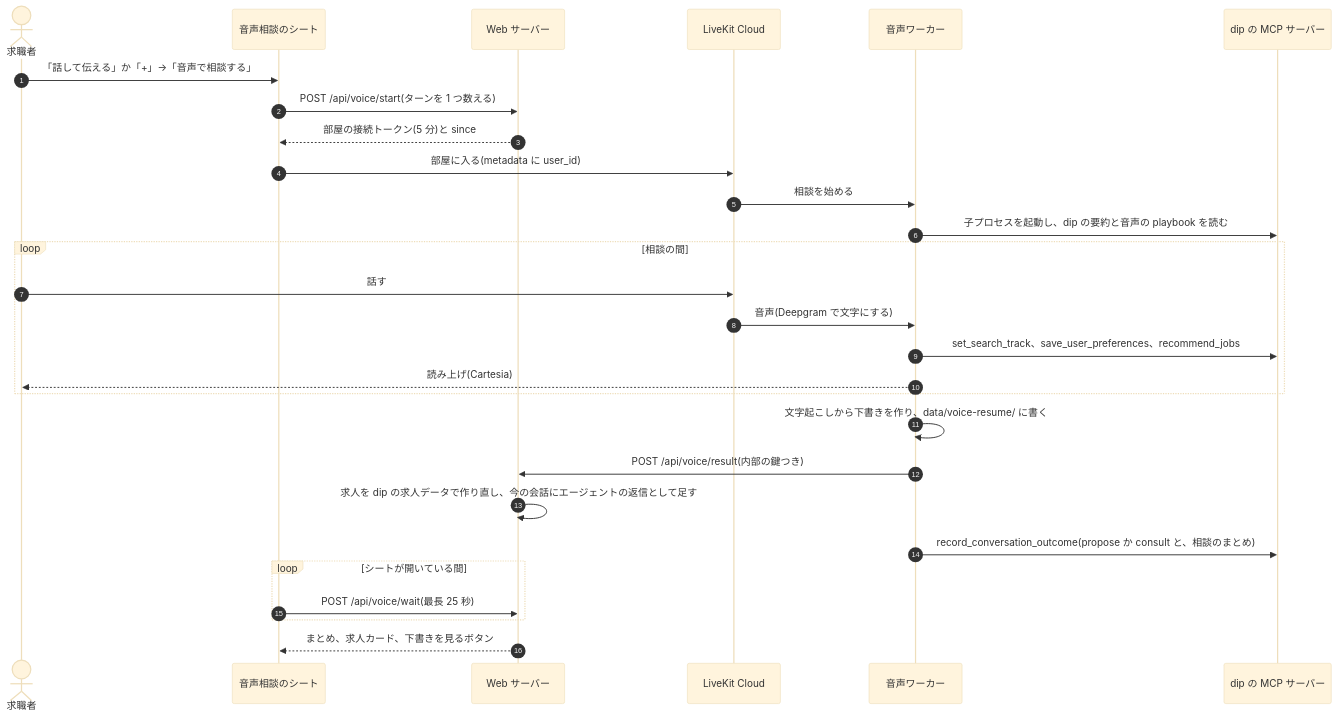
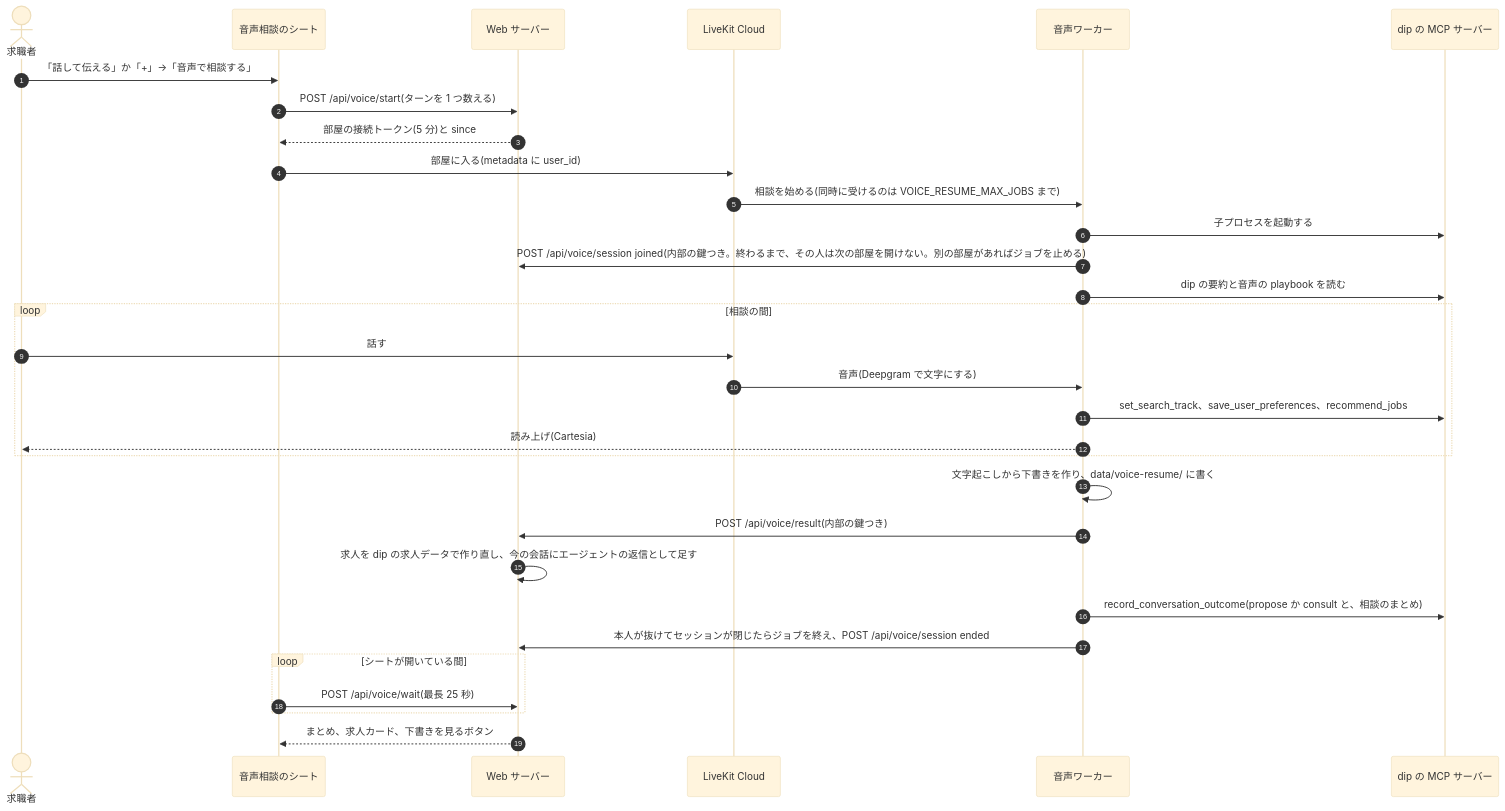
One commit to jyoka/aica changed the sixth of 11 diagrams in docs/architecture/hld.md. Above: the diagram before and after it, drawn with Mermaid (base theme). The commit also changed other lines of this file and 11 other files, not shown here.

````diff
--- a/docs/architecture/hld.md
+++ b/docs/architecture/hld.md
@@ -413,31 +413,34 @@
 ```mermaid
 sequenceDiagram
     autonumber
     actor U as 求職者
     participant P as 音声相談のシート
     participant S as Web サーバー
     participant K as LiveKit Cloud
     participant W as 音声ワーカー
     participant D as dip の MCP サーバー
 
     U->>P: 「話して伝える」か「+」→「音声で相談する」
     P->>S: POST /api/voice/start(ターンを 1 つ数える)
     S-->>P: 部屋の接続トークン(5 分)と since
     P->>K: 部屋に入る(metadata に user_id)
-    K->>W: 相談を始める
-    W->>D: 子プロセスを起動し、dip の要約と音声の playbook を読む
+    K->>W: 相談を始める(同時に受けるのは VOICE_RESUME_MAX_JOBS まで)
+    W->>D: 子プロセスを起動する
+    W->>S: POST /api/voice/session joined(内部の鍵つき。終わるまで、その人は次の部屋を開けない。別の部屋があればジョブを止める)
+    W->>D: dip の要約と音声の playbook を読む
     loop 相談の間
         U->>K: 話す
         K->>W: 音声(Deepgram で文字にする)
         W->>D: set_search_track、save_user_preferences、recommend_jobs
         W-->>U: 読み上げ(Cartesia)
     end
     W->>W: 文字起こしから下書きを作り、data/voice-resume/ に書く
     W->>S: POST /api/voice/result(内部の鍵つき)
     S->>S: 求人を dip の求人データで作り直し、今の会話にエージェントの返信として足す
     W->>D: record_conversation_outcome(propose か consult と、相談のまとめ)
+    W->>S: 本人が抜けてセッションが閉じたらジョブを終え、POST /api/voice/session ended
     loop シートが開いている間
         P->>S: POST /api/voice/wait(最長 25 秒)
     end
     S-->>P: まとめ、求人カード、下書きを見るボタン
 ```
````
